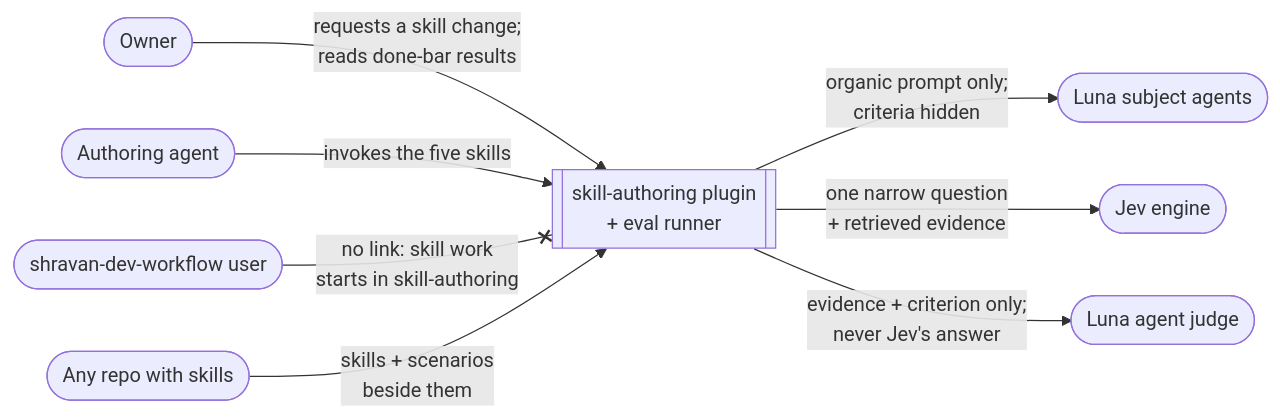
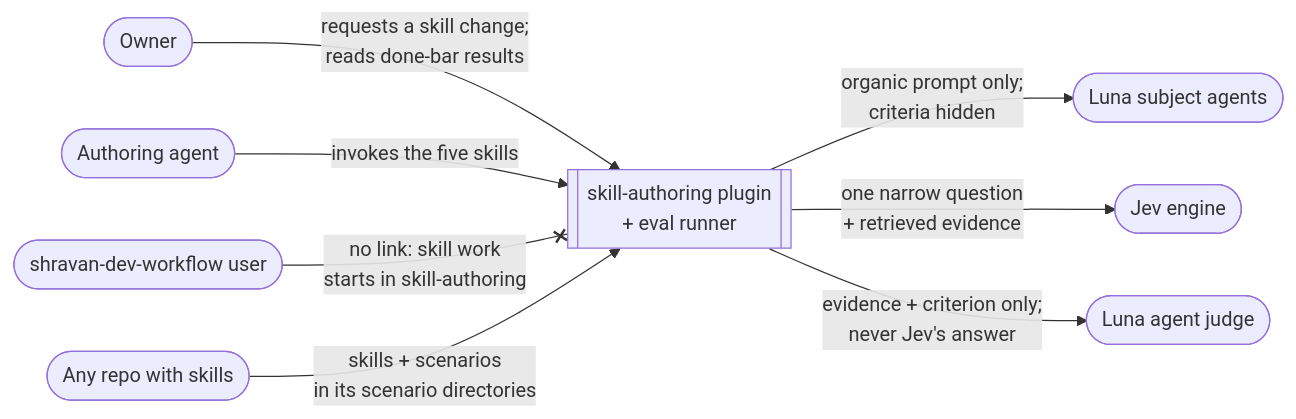
The first of 2 diagrams in docs/specs/2026-10-02-skill-authoring-plugin/2026-10-02-skill-authoring-plugin.md (ShravanSunder/ai-tools), drawn with Mermaid before and after one commit. The commit also changed other lines of this file and 12 other files, not shown here.

First line of the commit message:
Docs: scenarios live under tests/skills/pressure-scenarios

````diff
--- a/docs/specs/2026-10-02-skill-authoring-plugin/2026-10-02-skill-authoring-plugin.md
+++ b/docs/specs/2026-10-02-skill-authoring-plugin/2026-10-02-skill-authoring-plugin.md
@@ -7,20 +7,20 @@
 ```mermaid
 flowchart LR
   owner([Owner])
   author([Authoring agent])
   wfu([shravan-dev-workflow user])
   subj([Luna subject agents])
   jev([Jev engine])
   judge([Luna agent judge])
   other([Any repo with skills])
 
   SA[[skill-authoring plugin<br/>+ eval runner]]
 
   owner -- "requests a skill change;<br/>reads done-bar results" --> SA
   author -- "invokes the five skills" --> SA
   wfu -- "no link: skill work<br/>starts in skill-authoring" --x SA
-  other -- "skills + scenarios<br/>beside them" --> SA
+  other -- "skills + scenarios<br/>in its scenario directories" --> SA
   SA -- "organic prompt only;<br/>criteria hidden" --> subj
   SA -- "one narrow question<br/>+ retrieved evidence" --> jev
   SA -- "evidence + criterion only;<br/>never Jev's answer" --> judge
 ```
````
